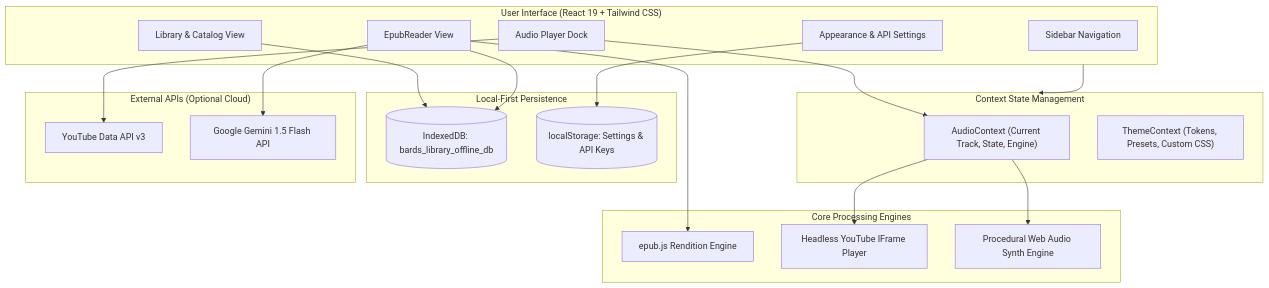
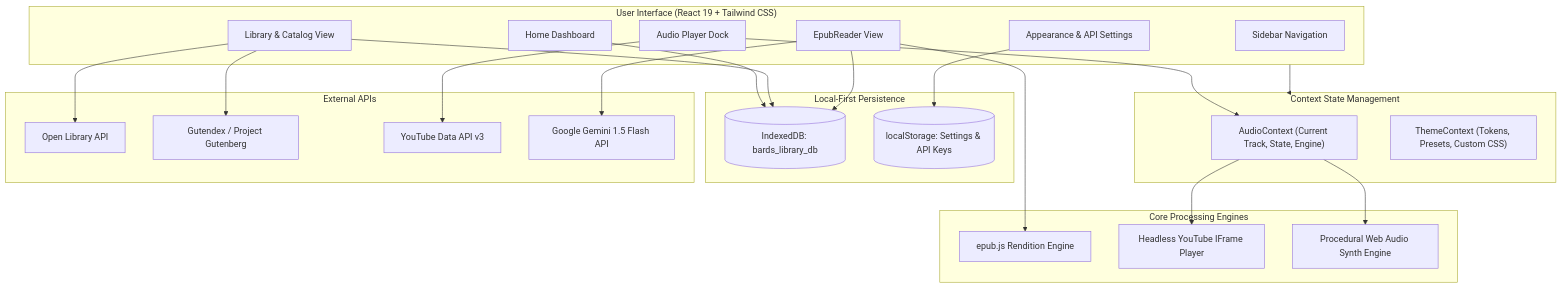
One commit to 3krishraj7-web/Bard-s-Library changed the diagram in README.md. Above: the diagram before and after it, drawn with Mermaid. The commit also changed other lines of this file, not shown here.

````diff
--- a/README.md
+++ b/README.md
@@ -83,42 +90,48 @@
 ```mermaid
 flowchart TD
     subgraph UI ["User Interface (React 19 + Tailwind CSS)"]
         Sidebar["Sidebar Navigation"]
+        HomeView["Home Dashboard"]
         Library["Library & Catalog View"]
         Reader["EpubReader View"]
         AudioDock["Audio Player Dock"]
         Settings["Appearance & API Settings"]
     end
 
     subgraph State ["Context State Management"]
         AudioCtx["AudioContext (Current Track, State, Engine)"]
         ThemeCtx["ThemeContext (Tokens, Presets, Custom CSS)"]
     end
 
     subgraph Engines ["Core Processing Engines"]
         EpubEngine["epub.js Rendition Engine"]
         YTIframe["Headless YouTube IFrame Player"]
         WebAudio["Procedural Web Audio Synth Engine"]
     end
 
     subgraph Storage ["Local-First Persistence"]
-        IDB[("IndexedDB: bards_library_offline_db")]
+        IDB[("IndexedDB: bards_library_db")]
         LStore[("localStorage: Settings & API Keys")]
     end
 
-    subgraph External ["External APIs (Optional Cloud)"]
+    subgraph External ["External APIs"]
+        OpenLibrary["Open Library API"]
+        Gutendex["Gutendex / Project Gutenberg"]
         YTAPI["YouTube Data API v3"]
         GeminiAPI["Google Gemini 1.5 Flash API"]
     end
 
     UI --> State
+    HomeView --> IDB
+    Library --> OpenLibrary
+    Library --> Gutendex
+    Library --> IDB
     Reader --> EpubEngine
+    Reader --> IDB
+    Reader --> GeminiAPI
     AudioDock --> AudioCtx
     AudioCtx --> YTIframe
     AudioCtx --> WebAudio
-    Library --> IDB
-    Reader --> IDB
+    AudioDock --> YTAPI
     Settings --> LStore
-    AudioDock --> YTAPI
-    Reader --> GeminiAPI
 ```
````
